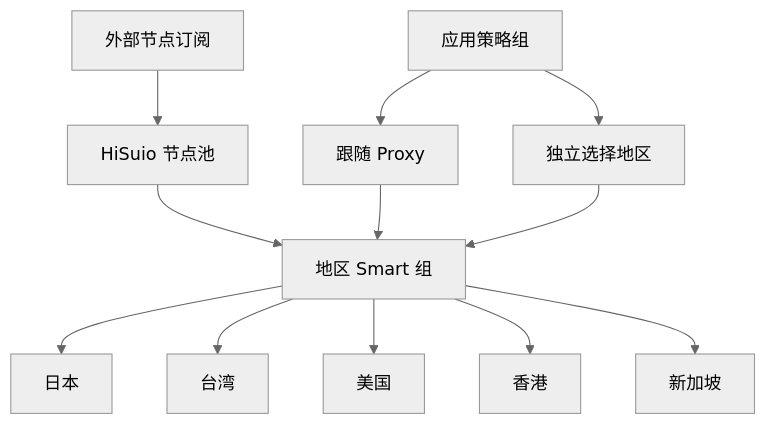
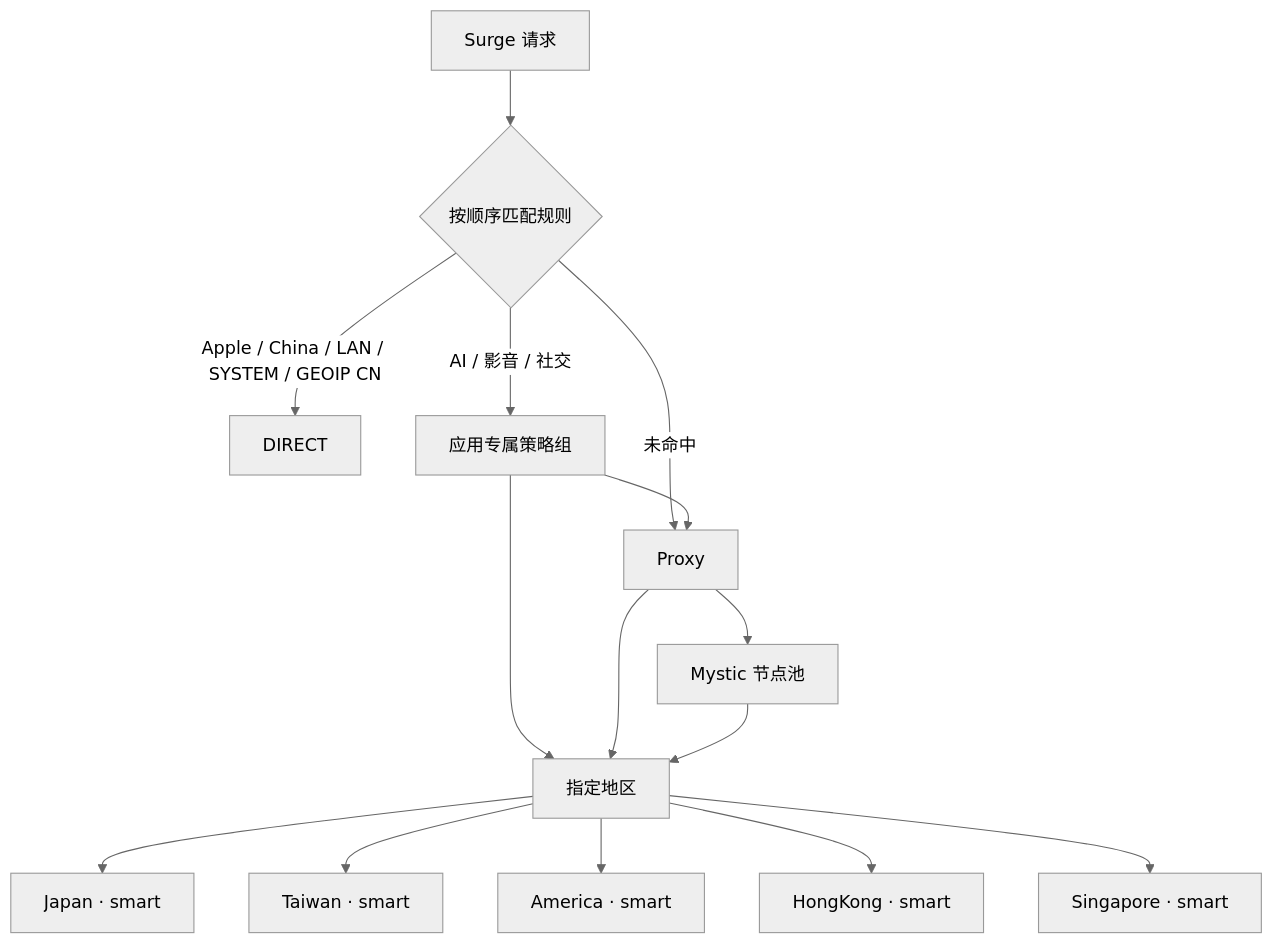
Before and after one commit to Anchen520i/Dynamic: the diagram in README.md, drawn with Mermaid (neutral theme). The commit also changed other lines of this file, not shown here.

````diff
--- a/README.md
+++ b/README.md
@@ -135,14 +128,17 @@
 ```mermaid
-flowchart TD
-    S[外部节点订阅] --> H[HiSuio 节点池]
-    H --> R[地区 Smart 组]
-    R --> JP[日本]
-    R --> TW[台湾]
-    R --> US[美国]
-    R --> HK[香港]
-    R --> SG[新加坡]
-    A[应用策略组] --> P[跟随 Proxy]
-    A --> C[独立选择地区]
-    P --> R
-    C --> R
+flowchart TB
+    S[Surge 请求] --> R{按顺序匹配规则}
+    R -->|Apple / China / LAN / SYSTEM / GEOIP CN| D[DIRECT]
+    R -->|AI / 影音 / 社交| A[应用专属策略组]
+    R -->|未命中| P[Proxy]
+    A --> P
+    A --> G[指定地区]
+    P --> M[Mystic 节点池]
+    P --> G
+    M --> G
+    G --> JP[Japan · smart]
+    G --> TW[Taiwan · smart]
+    G --> US[America · smart]
+    G --> HK[HongKong · smart]
+    G --> SG[Singapore · smart]
 ```
````
